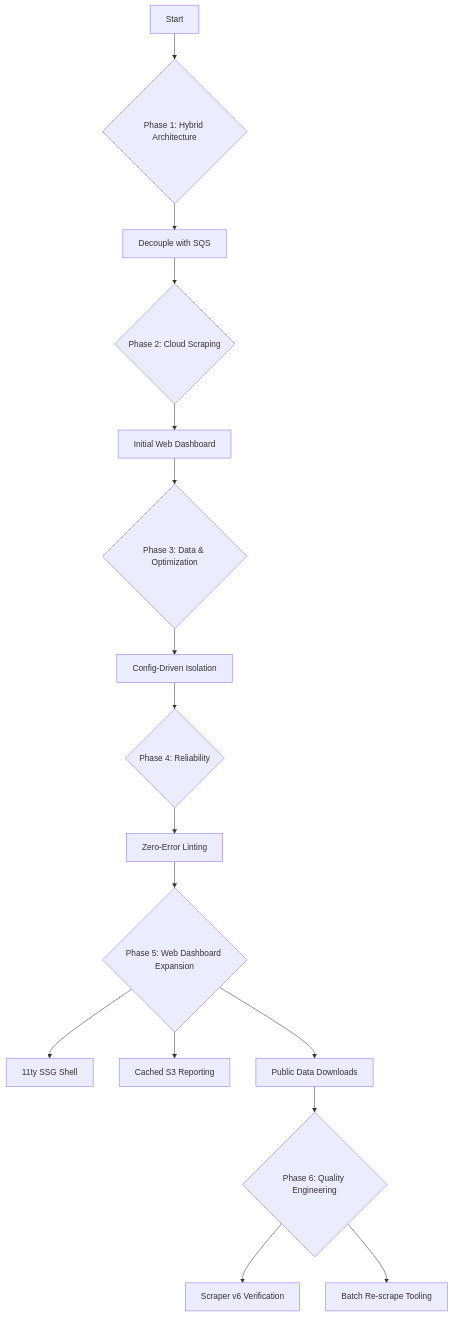
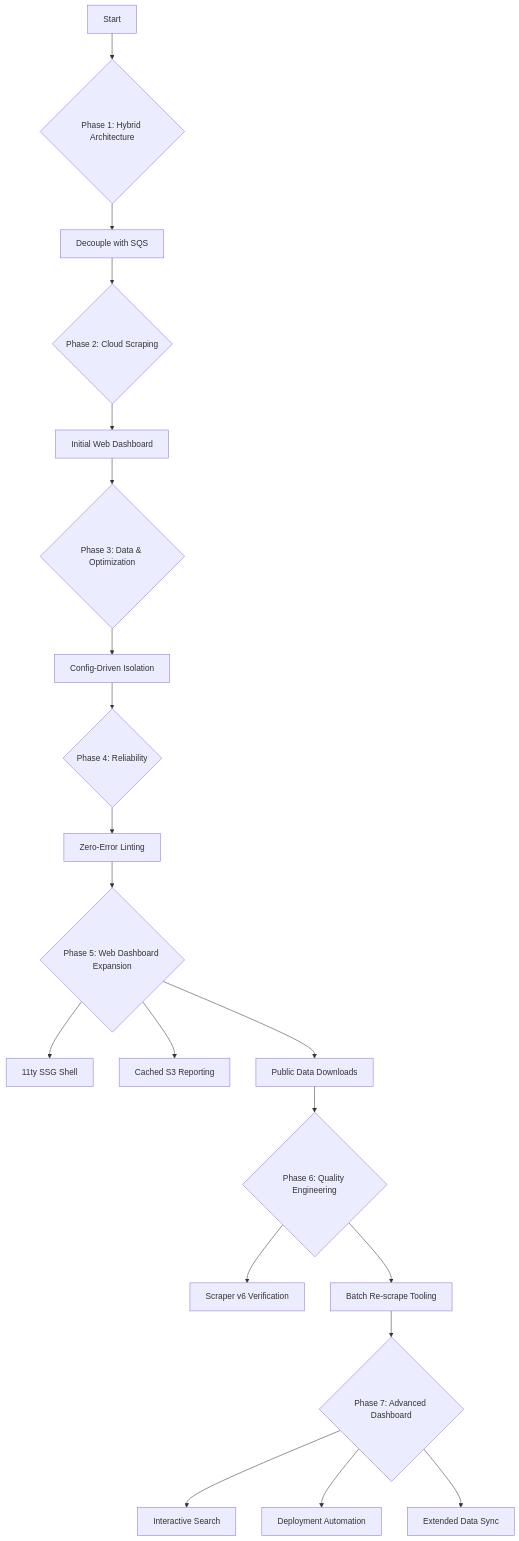
One commit to bizkite-co/cocli changed the diagram in plan.md. Above: the diagram before and after it, drawn with Mermaid. The commit also changed other lines of this file and 8 other files, not shown here.

First line of the commit message:
feat(web): reorganize dashboard with search UI and automate deployment

````diff
--- a/plan.md
+++ b/plan.md
@@ -95,23 +112,28 @@
 ```mermaid
 graph TD
     A[Start] --> B{Phase 1: Hybrid Architecture};
     B --> B4[Decouple with SQS];
 
     B4 --> C{Phase 2: Cloud Scraping};
     C --> C3[Initial Web Dashboard];
 
     C3 --> D{Phase 3: Data & Optimization};
     D --> D2[Config-Driven Isolation];
 
     D2 --> E{Phase 4: Reliability};
     E --> E1[Zero-Error Linting];
 
     E1 --> F{Phase 5: Web Dashboard Expansion};
     F --> F1[11ty SSG Shell];
     F --> F2[Cached S3 Reporting];
     F --> F3[Public Data Downloads];
     
     F3 --> G{Phase 6: Quality Engineering};
     G --> G1[Scraper v6 Verification];
     G --> G2[Batch Re-scrape Tooling];
+
+    G2 --> H{Phase 7: Advanced Dashboard};
+    H --> H1[Interactive Search];
+    H --> H2[Deployment Automation];
+    H --> H3[Extended Data Sync];
 ```
````
